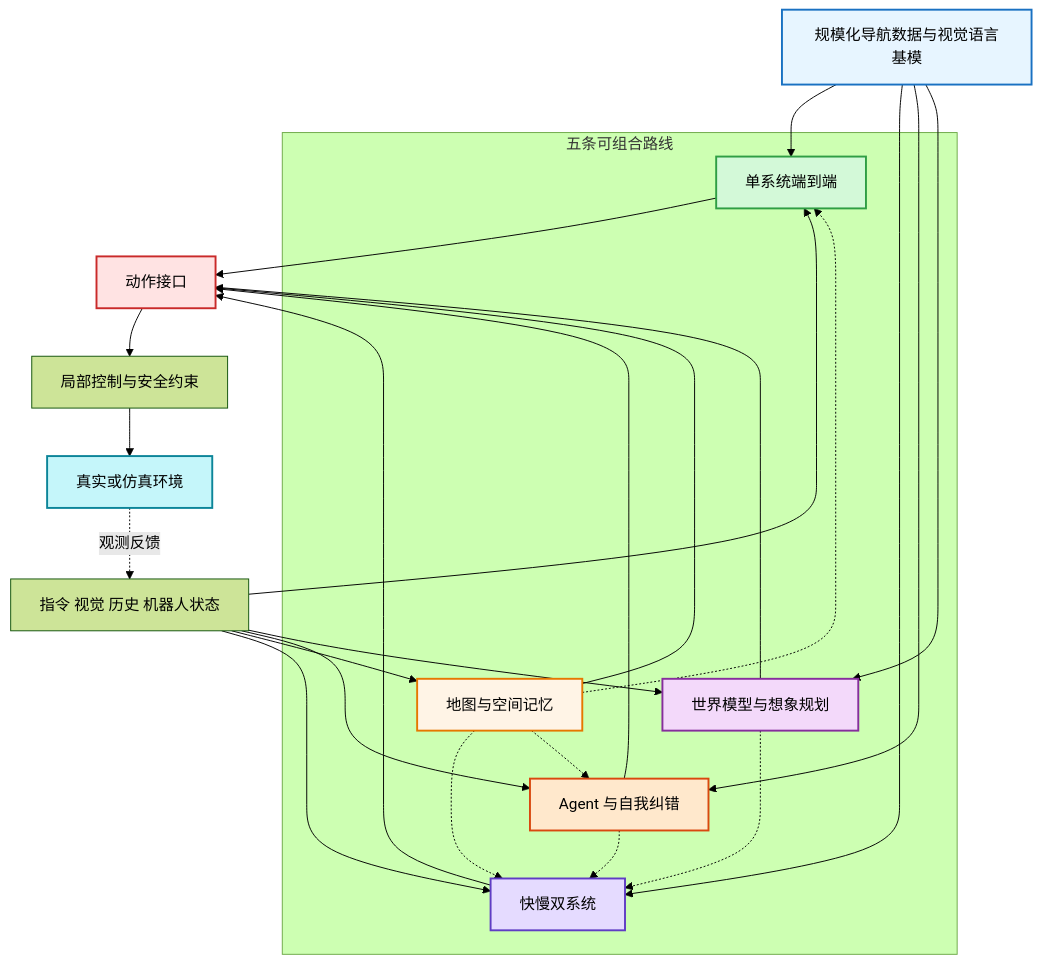
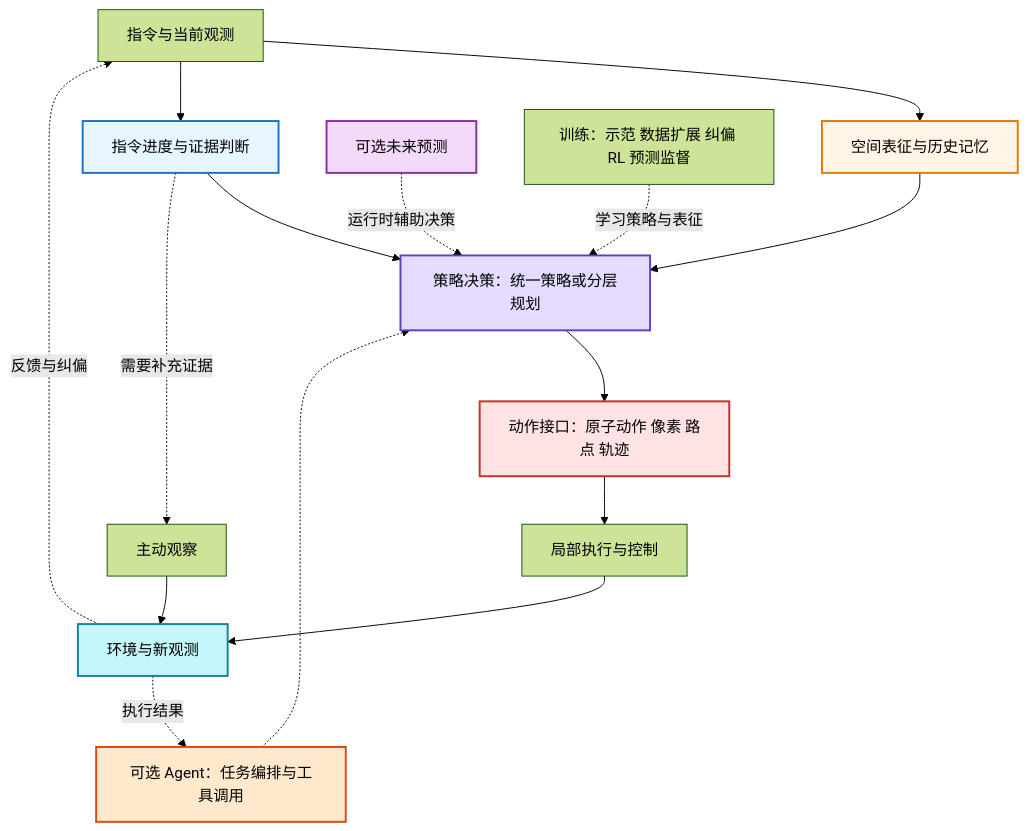
Before and after one commit to TingdeLiu/tingdeliu.github.io: the fourth of 13 diagrams in _posts/research/2026-01-04-VLN-Survey.md, drawn with Mermaid (forest theme). The commit also changed other lines of this file, not shown here.

````diff
--- a/_posts/research/2026-01-04-VLN-Survey.md
+++ b/_posts/research/2026-01-04-VLN-Survey.md
@@ -221,46 +238,25 @@
 ```mermaid
 flowchart TB
-    D["规模化导航数据与视觉语言基模"]
-    I["指令 视觉 历史 机器人状态"]
+    I["指令与当前观测"] --> S["空间表征与历史记忆"]
+    I --> P["指令进度与证据判断"]
+    S --> D["策略决策：统一策略或分层规划"]
+    P --> D
+    D --> A["动作接口：原子动作 像素 路点 轨迹"]
+    A --> C["局部执行与控制"]
+    C --> E["环境与新观测"]
+    E -.->|反馈与纠偏| I
+    P -.->|需要补充证据| O["主动观察"]
+    O --> E
+    G["可选 Agent：任务编排与工具调用"] -.-> D
+    E -.->|执行结果| G
+    W["可选未来预测"] -.->|运行时辅助决策| D
+    T["训练：示范 数据扩展 纠偏 RL 预测监督"] -.->|学习策略与表征| D
 
-    subgraph routes["五条可组合路线"]
-        E["单系统端到端"]
-        F["快慢双系统"]
-        M["地图与空间记忆"]
-        A["Agent 与自我纠错"]
-        W["世界模型与想象规划"]
-    end
-
-    D --> E
-    D --> F
-    D --> A
-    D --> W
-    I --> E
-    I --> F
-    I --> M
-    I --> A
-    I --> W
-    M -.-> E
-    M -.-> F
-    M -.-> A
-    W -.-> F
-    A -.-> F
-
-    E --> X["动作接口"]
-    F --> X
-    M --> X
-    A --> X
-    W --> X
-    X --> C["局部控制与安全约束"]
-    C --> R["真实或仿真环境"]
-    R -.->|观测反馈| I
-
-    style D fill:#e7f5ff,stroke:#1971c2,stroke-width:2px
-    style E fill:#d3f9d8,stroke:#2f9e44,stroke-width:2px
-    style F fill:#e5dbff,stroke:#5f3dc4,stroke-width:2px
-    style M fill:#fff4e6,stroke:#e67700,stroke-width:2px
-    style A fill:#ffe8cc,stroke:#d9480f,stroke-width:2px
+    style S fill:#fff4e6,stroke:#e67700,stroke-width:2px
+    style P fill:#e7f5ff,stroke:#1971c2,stroke-width:2px
+    style D fill:#e5dbff,stroke:#5f3dc4,stroke-width:2px
+    style A fill:#ffe3e3,stroke:#c92a2a,stroke-width:2px
+    style G fill:#ffe8cc,stroke:#d9480f,stroke-width:2px
     style W fill:#f3d9fa,stroke:#862e9c,stroke-width:2px
-    style X fill:#ffe3e3,stroke:#c92a2a,stroke-width:2px
-    style R fill:#c5f6fa,stroke:#0c8599,stroke-width:2px
+    style E fill:#c5f6fa,stroke:#0c8599,stroke-width:2px
 ```
````
